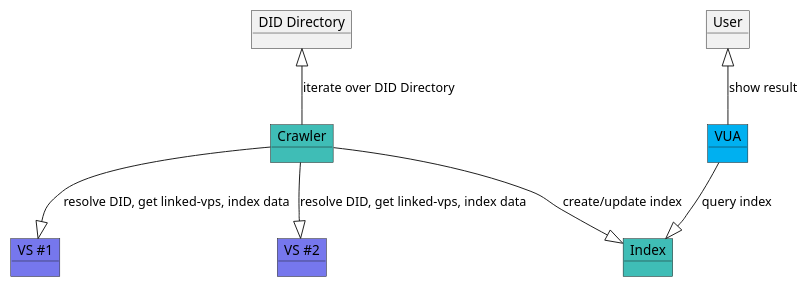
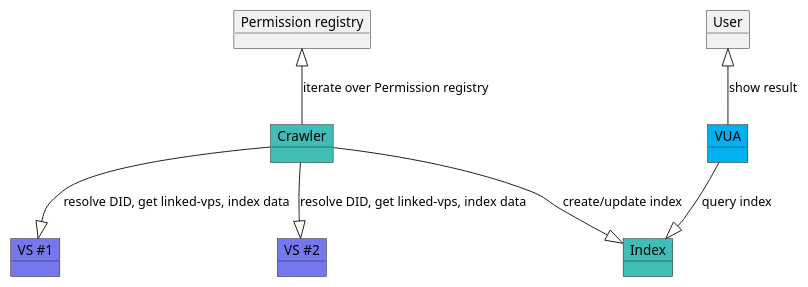
The fifth of 20 diagrams in spec.md (verana-labs/verifiable-trust-vpr-spec), drawn with PlantUML before and after one commit. The commit also changed other lines of this file and 1 other file, not shown here.

````diff
--- a/spec.md
+++ b/spec.md
@@ -496,20 +488,20 @@
 ```plantuml
 
 @startuml
 scale max 800 width
-object "DID Directory" as didd
+object "Permission registry" as didd
 object "Crawler" as crawler #3fbdb6
 object "Index" as index #3fbdb6
 object "VS #1" as dts1 #7677ed
 object "VS #2" as dts2 #7677ed
 object "VUA" as browser #00b0f0
 object "User" as user
-didd <|-- crawler : iterate over DID Directory
+didd <|-- crawler : iterate over Permission registry
 crawler --|> dts1 : resolve DID, get linked-vps, index data
 crawler --|> dts2 : resolve DID, get linked-vps, index data
 browser --|> index: query index
 crawler --|> index: create/update index 
 user <|-- browser : show result
 @enduml
 
 ```
````
